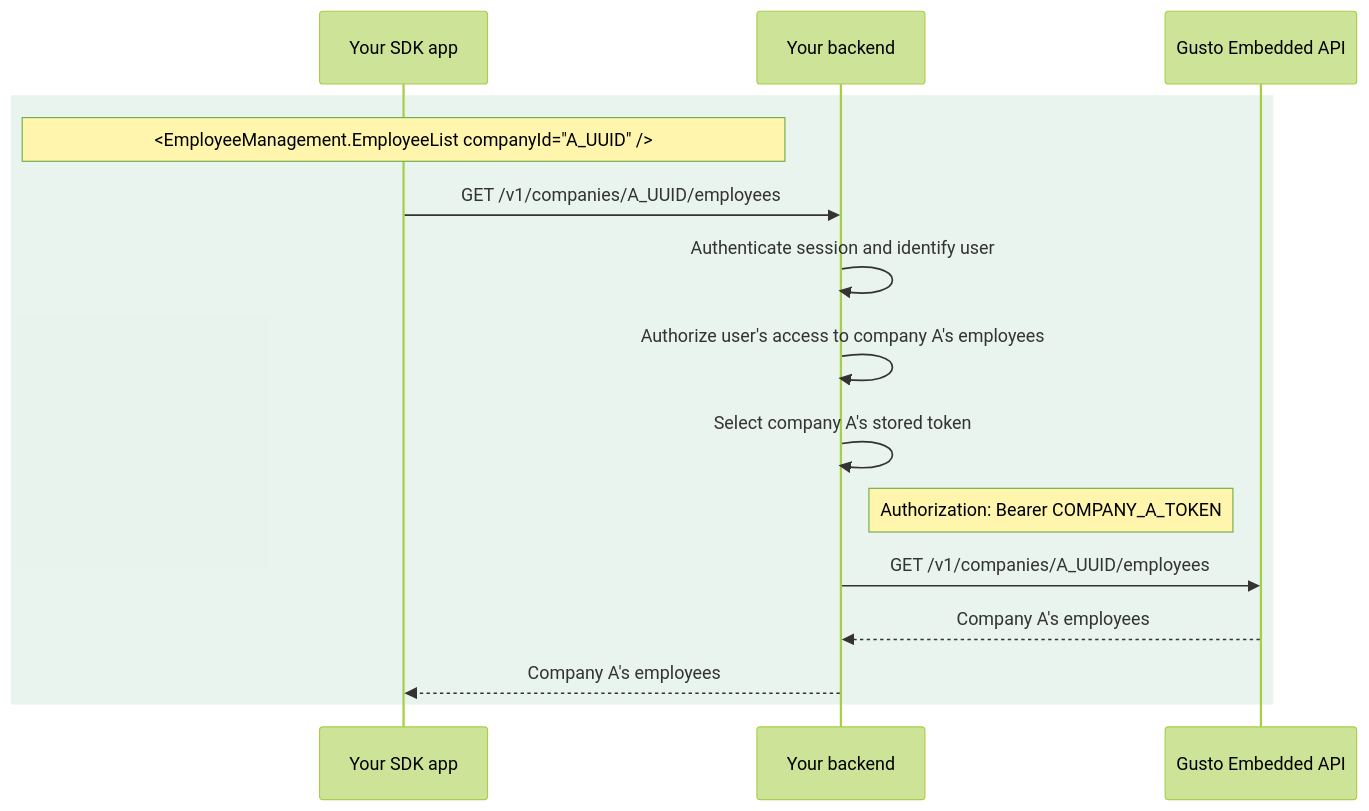
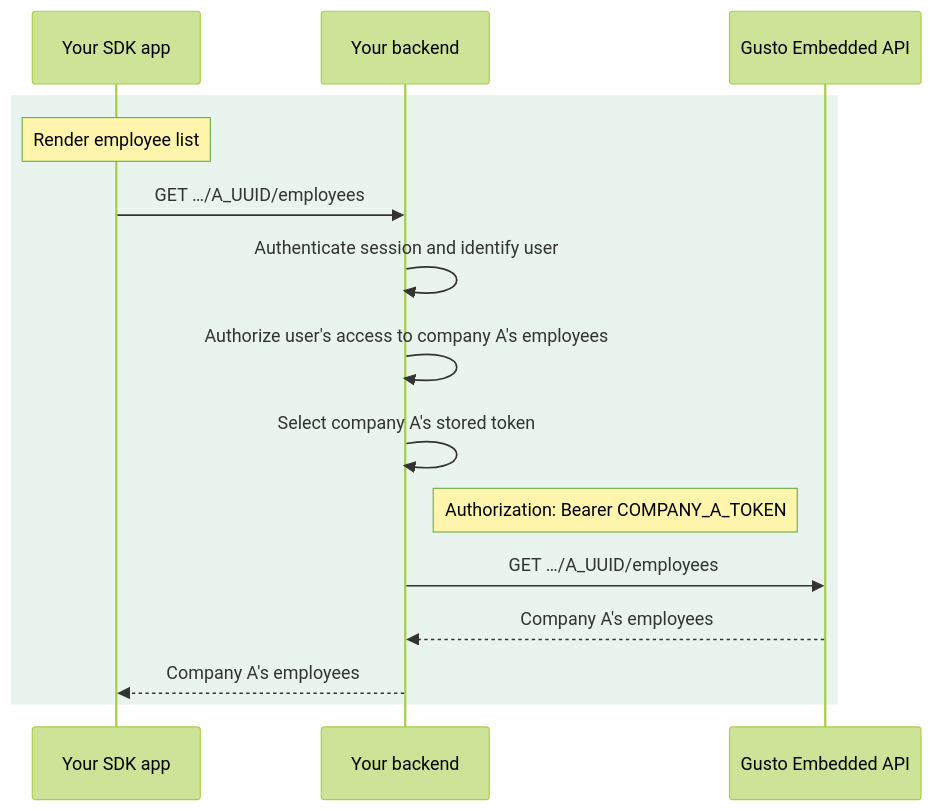
Before and after one commit to Gusto/embedded-react-sdk: the second of 4 diagrams in docs/getting-started/authentication.md, drawn with Mermaid (forest theme). The commit also changed other lines of this file and 2 other files, not shown here.

Commit message:
docs: improve authentication and API access readability

````diff
--- a/docs/getting-started/authentication.md
+++ b/docs/getting-started/authentication.md
@@ -40,18 +40,18 @@
 ```mermaid
 sequenceDiagram
     participant SDK as Your SDK app
     participant Backend as Your backend
     participant API as Gusto Embedded API
 
     rect rgba(70, 160, 110, 0.12)
-        Note over SDK: #60;EmployeeManagement.EmployeeList companyId=#quot;A_UUID#quot; /#62;
-        SDK->>Backend: GET /v1/companies/A_UUID/employees
+        Note over SDK: Render employee list
+        SDK->>Backend: GET …/A_UUID/employees
         Backend->>Backend: Authenticate session and identify user
         Backend->>Backend: Authorize user's access to company A's employees
         Backend->>Backend: Select company A's stored token
         Note right of Backend: Authorization: Bearer COMPANY_A_TOKEN
-        Backend->>API: GET /v1/companies/A_UUID/employees
+        Backend->>API: GET …/A_UUID/employees
         API-->>Backend: Company A's employees
         Backend-->>SDK: Company A's employees
     end
 ```
````
